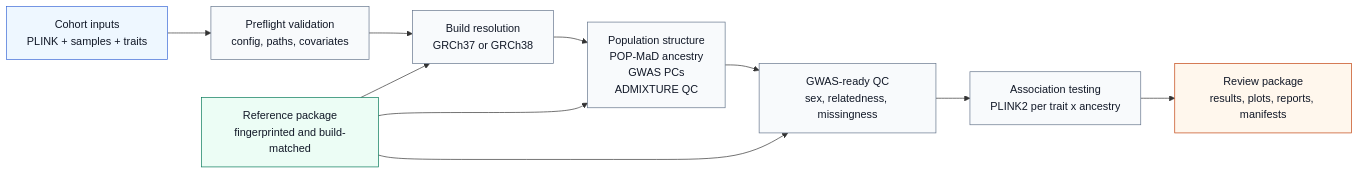
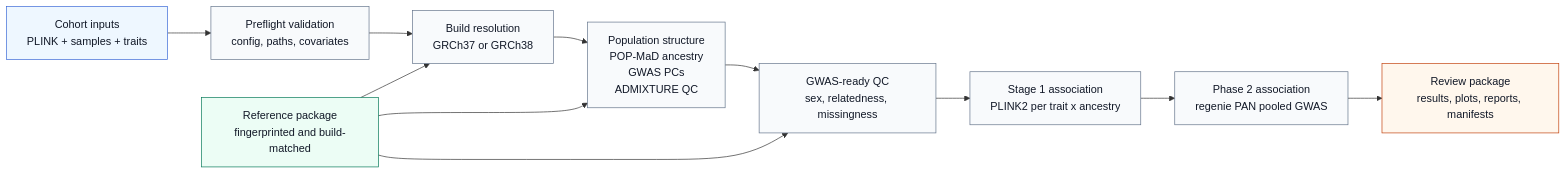
The diagram in README.md (james-edward-hart/GWAS-PTSD-SUD), drawn with Mermaid before and after one commit. The commit also changed other lines of this file and 22 other files, not shown here.

````diff
--- a/README.md
+++ b/README.md
@@ -18,22 +17,23 @@
 ```mermaid
 flowchart LR
     inputs["Cohort inputs<br>PLINK + samples + traits"] --> validate["Preflight validation<br>config, paths, covariates"]
     validate --> build["Build resolution<br>GRCh37 or GRCh38"]
     build --> ancestry["Population structure<br>POP-MaD ancestry<br>GWAS PCs<br>ADMIXTURE QC"]
     ancestry --> qc["GWAS-ready QC<br>sex, relatedness, missingness"]
-    qc --> gwas["Association testing<br>PLINK2 per trait x ancestry"]
-    gwas --> review["Review package<br>results, plots, reports, manifests"]
+    qc --> gwas["Stage 1 association<br>PLINK2 per trait x ancestry"]
+    gwas --> pan["Phase 2 association<br>regenie PAN pooled GWAS"]
+    pan --> review["Review package<br>results, plots, reports, manifests"]
 
     ref["Reference package<br>fingerprinted and build-matched"] --> build
     ref --> ancestry
     ref --> qc
 
     classDef input fill:#eef7ff,stroke:#3867d6,color:#111827;
     classDef work fill:#f8fafc,stroke:#64748b,color:#111827;
     classDef reference fill:#ecfdf5,stroke:#047857,color:#111827;
     classDef output fill:#fff7ed,stroke:#c2410c,color:#111827;
     class inputs input;
-    class validate,build,ancestry,qc,gwas work;
+    class validate,build,ancestry,qc,gwas,pan work;
     class ref reference;
     class review output;
 ```
````
